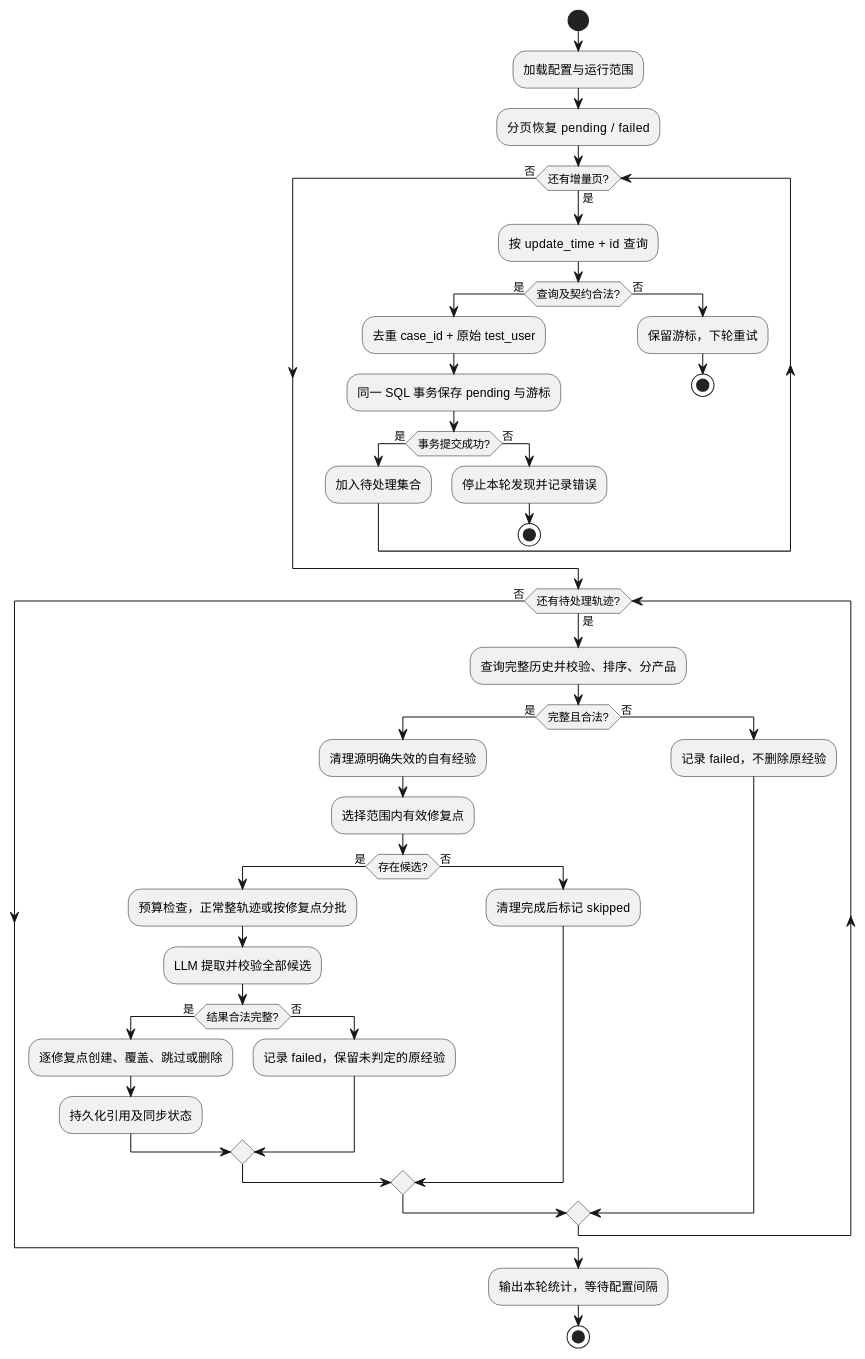
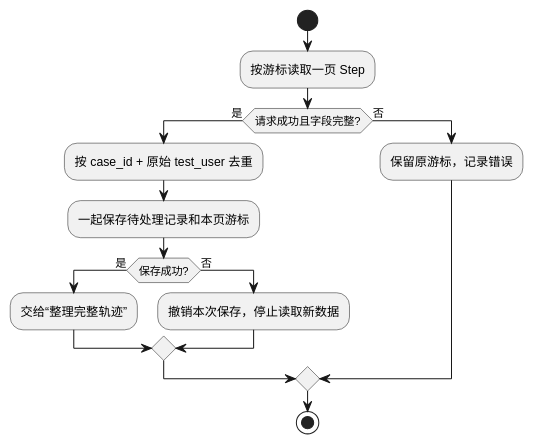
The eighth of 15 diagrams in docs/调测轨迹经验提取设计文档.md (yf990848-droid/experience), drawn with PlantUML before and after one commit. The commit also changed other lines of this file, not shown here.

Commit message:
docs: 简化设计文档用词并统一业务模块流程图

````diff
--- a/docs/调测轨迹经验提取设计文档.md
+++ b/docs/调测轨迹经验提取设计文档.md
@@ -286,46 +307,18 @@
 ```plantuml
 @startuml
 start
-:加载配置与运行范围;
-:分页恢复 pending / failed;
-while (还有增量页?) is (是)
-  :按 update_time + id 查询;
-  if (查询及契约合法?) then (是)
-    :去重 case_id + 原始 test_user;
-    :同一 SQL 事务保存 pending 与游标;
-    if (事务提交成功?) then (是)
-      :加入待处理集合;
-    else (否)
-      :停止本轮发现并记录错误;
-      stop
-    endif
+:按游标读取一页 Step;
+if (请求成功且字段完整?) then (是)
+  :按 case_id + 原始 test_user 去重;
+  :一起保存待处理记录和本页游标;
+  if (保存成功?) then (是)
+    :交给“整理完整轨迹”;
   else (否)
-    :保留游标，下轮重试;
-    stop
+    :撤销本次保存，停止读取新数据;
   endif
-endwhile (否)
-while (还有待处理轨迹?) is (是)
-  :查询完整历史并校验、排序、分产品;
-  if (完整且合法?) then (是)
-    :清理源明确失效的自有经验;
-    :选择范围内有效修复点;
-    if (存在候选?) then (是)
-      :预算检查，正常整轨迹或按修复点分批;
-      :LLM 提取并校验全部候选;
-      if (结果合法完整?) then (是)
-        :逐修复点创建、覆盖、跳过或删除;
-        :持久化引用及同步状态;
-      else (否)
-        :记录 failed，保留未判定的原经验;
-      endif
-    else (否)
-      :清理完成后标记 skipped;
-    endif
-  else (否)
-    :记录 failed，不删除原经验;
-  endif
-endwhile (否)
-:输出本轮统计，等待配置间隔;
+else (否)
+  :保留原游标，记录错误;
+endif
 stop
 @enduml
 ```
````
